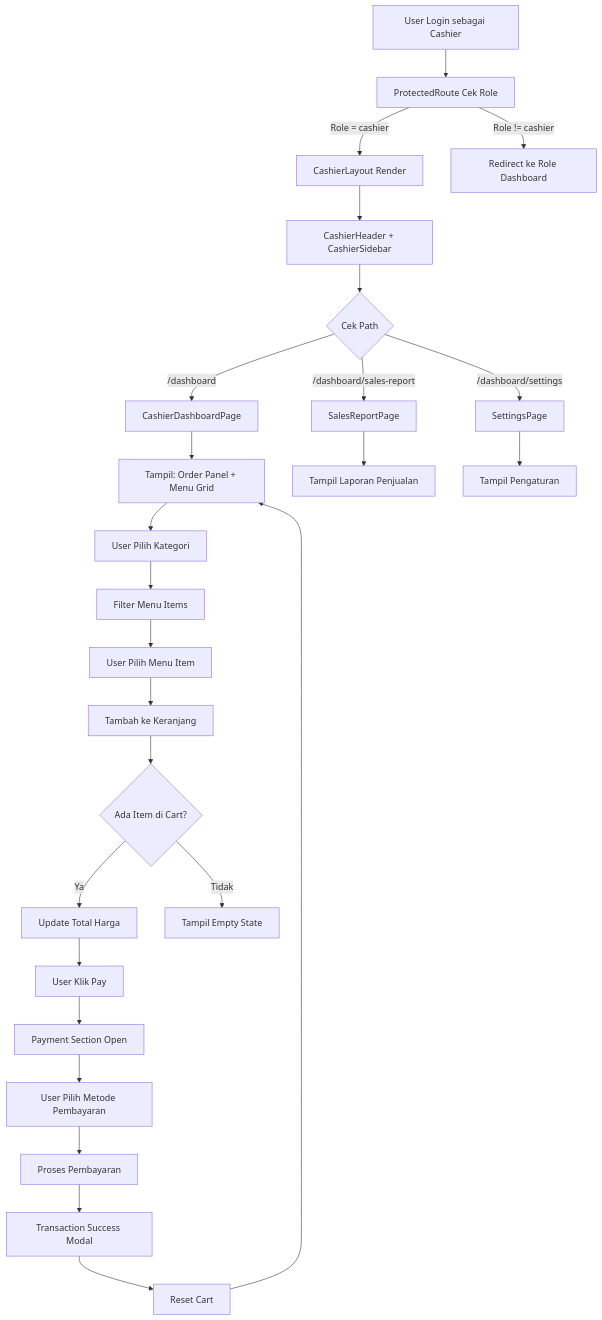
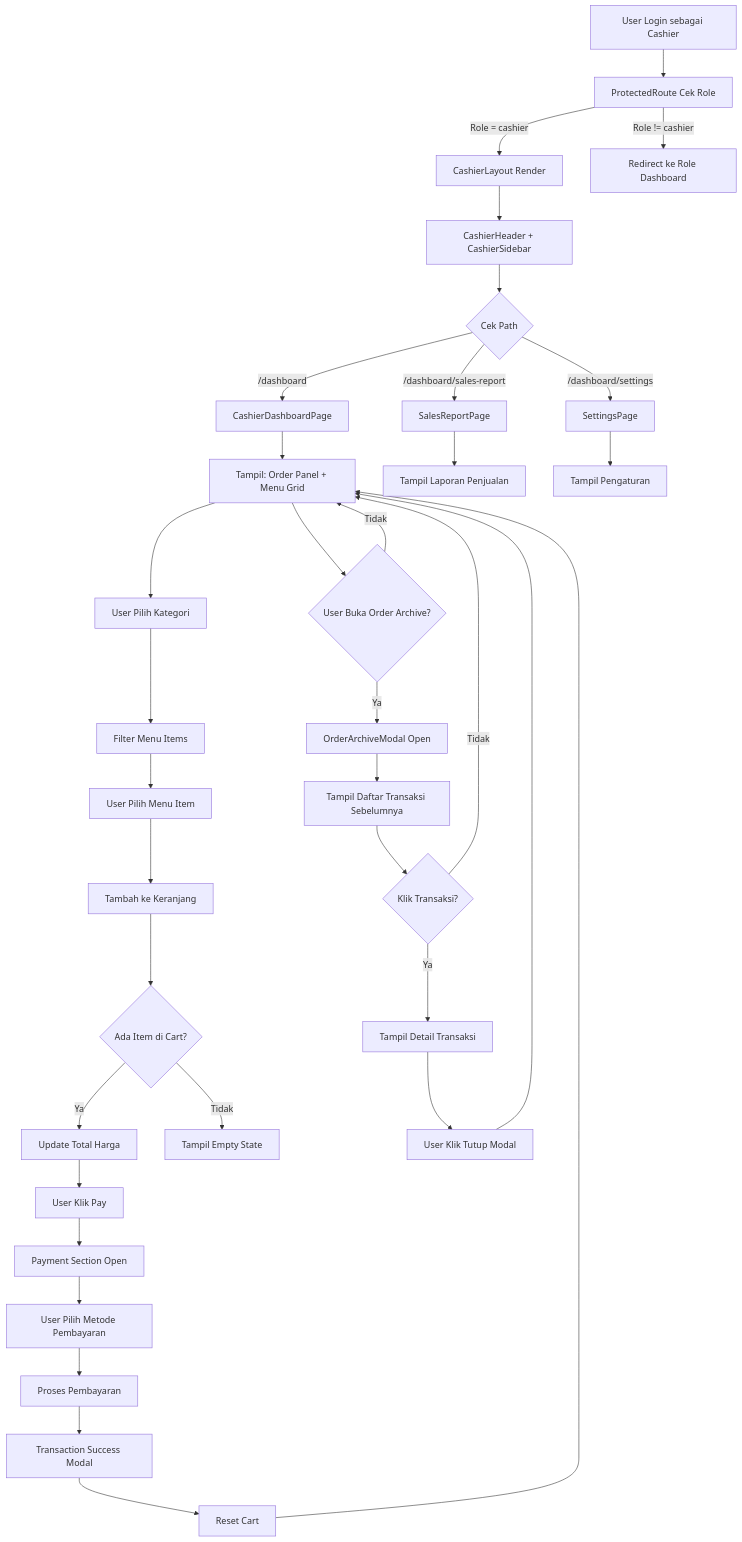
Before and after one commit to ricky-blip/pos-frontend: the fifth of 20 diagrams in FLOWCHART.md, drawn with Mermaid. The commit also changed other lines of this file, not shown here.

Commit message:
update flowchart

````diff
--- a/FLOWCHART.md
+++ b/FLOWCHART.md
@@ -119,34 +163,44 @@
 ```mermaid
 flowchart TD
     A[User Login sebagai Cashier] --> B[ProtectedRoute Cek Role]
     B -->|Role = cashier| C[CashierLayout Render]
     B -->|Role != cashier| D[Redirect ke Role Dashboard]
 
     C --> E[CashierHeader + CashierSidebar]
     E --> F{Cek Path}
 
     F -->|/dashboard| G[CashierDashboardPage]
     F -->|/dashboard/sales-report| H[SalesReportPage]
     F -->|/dashboard/settings| I[SettingsPage]
 
     G --> J[Tampil: Order Panel + Menu Grid]
     J --> K[User Pilih Kategori]
     K --> L[Filter Menu Items]
     L --> M[User Pilih Menu Item]
     M --> N[Tambah ke Keranjang]
 
     N --> O{Ada Item di Cart?}
     O -->|Ya| P[Update Total Harga]
     O -->|Tidak| Q[Tampil Empty State]
 
     P --> R[User Klik Pay]
     R --> S[Payment Section Open]
     S --> T[User Pilih Metode Pembayaran]
     T --> U[Proses Pembayaran]
     U --> V[Transaction Success Modal]
     V --> W[Reset Cart]
     W --> J
 
-    H --> X[Tampil Laporan Penjualan]
-    I --> Y[Tampil Pengaturan]
+    J --> X{User Buka Order Archive?}
+    X -->|Ya| Y[OrderArchiveModal Open]
+    Y --> Z[Tampil Daftar Transaksi Sebelumnya]
+    Z --> AA{Klik Transaksi?}
+    AA -->|Ya| AB[Tampil Detail Transaksi]
+    AB --> AC[User Klik Tutup Modal]
+    AC --> J
+    AA -->|Tidak| J
+    X -->|Tidak| J
+
+    H --> AD[Tampil Laporan Penjualan]
+    I --> AE[Tampil Pengaturan]
 ```
````
